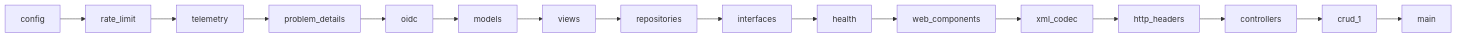
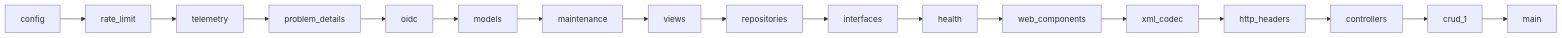
The first of 2 diagrams in src/app/README.md (crazyracer98/template-python), drawn with Mermaid before and after one commit. The commit also changed other lines of this file and 39 other files, not shown here.

````diff
--- a/src/app/README.md
+++ b/src/app/README.md
@@ -64,7 +74,7 @@
 ```mermaid
 graph LR
     config --> rate_limit --> telemetry --> problem_details --> oidc
-    oidc --> models --> views --> repositories --> interfaces --> health
-    health --> web_components --> xml_codec --> http_headers
+    oidc --> models --> maintenance --> views --> repositories --> interfaces
+    interfaces --> health --> web_components --> xml_codec --> http_headers
     http_headers --> controllers --> crud_1 --> main
 ```
````
